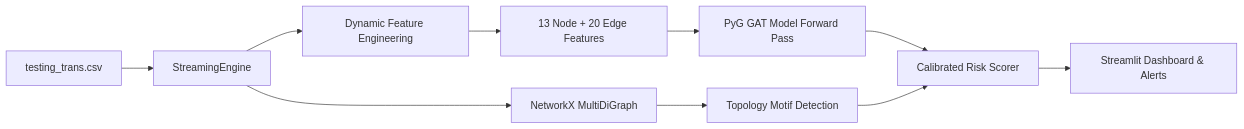
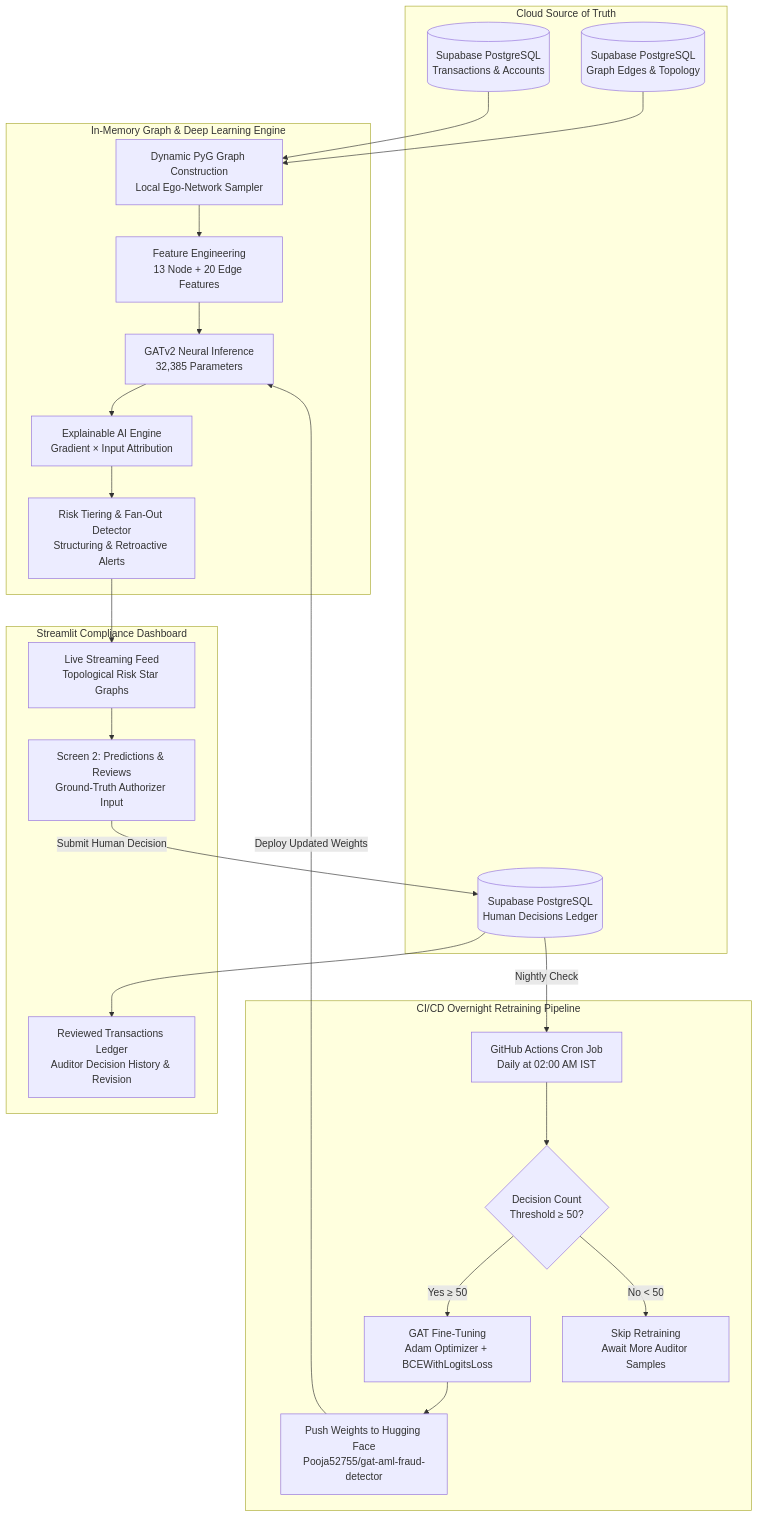
One commit to Pooja52755/Real-streaming_AML changed the diagram in README.md. Above: the diagram before and after it, drawn with Mermaid. The commit also changed other lines of this file and 6 other files, not shown here.

Commit message:
feat: replace APScheduler with GitHub Actions 2AM retraining cron, 50-decision threshold, Hugging Face Hub sync, and comprehensive README

````diff
--- a/README.md
+++ b/README.md
@@ -98,12 +15,43 @@
 ```mermaid
-flowchart LR
-    A[testing_trans.csv] --> B[StreamingEngine]
-    B --> C[NetworkX MultiDiGraph]
-    B --> D[Dynamic Feature Engineering]
-    D --> E[13 Node + 20 Edge Features]
-    E --> F[PyG GAT Model Forward Pass]
-    C --> G[Topology Motif Detection]
-    F --> H[Calibrated Risk Scorer]
-    G --> H
-    H --> I[Streamlit Dashboard & Alerts]
+flowchart TD
+    subgraph Cloud Storage [Cloud Source of Truth]
+        A[(Supabase PostgreSQL\nTransactions & Accounts)]
+        B[(Supabase PostgreSQL\nGraph Edges & Topology)]
+        C[(Supabase PostgreSQL\nHuman Decisions Ledger)]
+    end
+
+    subgraph Streaming Engine [In-Memory Graph & Deep Learning Engine]
+        D[Dynamic PyG Graph Construction\nLocal Ego-Network Sampler]
+        E[Feature Engineering\n13 Node + 20 Edge Features]
+        F[GATv2 Neural Inference\n32,385 Parameters]
+        G[Explainable AI Engine\nGradient × Input Attribution]
+        H[Risk Tiering & Fan-Out Detector\nStructuring & Retroactive Alerts]
+    end
+
+    subgraph UI [Streamlit Compliance Dashboard]
+        I[Live Streaming Feed\nTopological Risk Star Graphs]
+        J[Screen 2: Predictions & Reviews\nGround-Truth Authorizer Input]
+        K[Reviewed Transactions Ledger\nAuditor Decision History & Revision]
+    end
+
+    subgraph Automation [CI/CD Overnight Retraining Pipeline]
+        L[GitHub Actions Cron Job\nDaily at 02:00 AM IST]
+        M{Decision Count\nThreshold ≥ 50?}
+        N[GAT Fine-Tuning\nAdam Optimizer + BCEWithLogitsLoss]
+        O[Push Weights to Hugging Face\nPooja52755/gat-aml-fraud-detector]
+        P[Skip Retraining\nAwait More Auditor Samples]
+    end
+
+    A --> D
+    B --> D
+    D --> E --> F --> G --> H
+    H --> I
+    I --> J
+    J -->|Submit Human Decision| C
+    C --> K
+    C -->|Nightly Check| L
+    L --> M
+    M -->|Yes ≥ 50| N --> O
+    M -->|No < 50| P
+    O -->|Deploy Updated Weights| F
 ```
````
